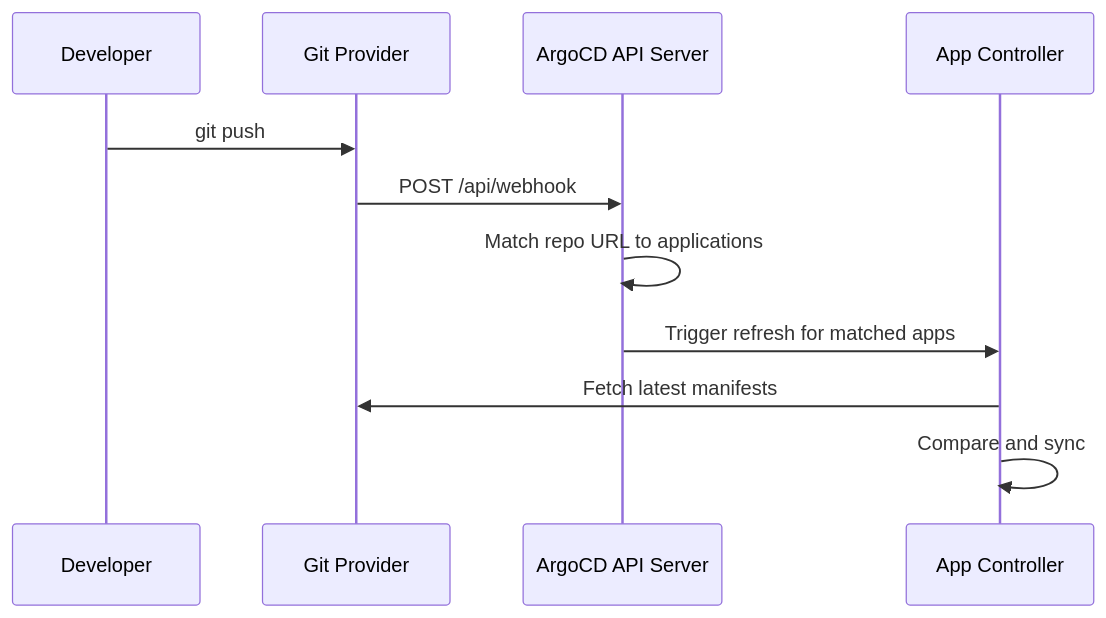
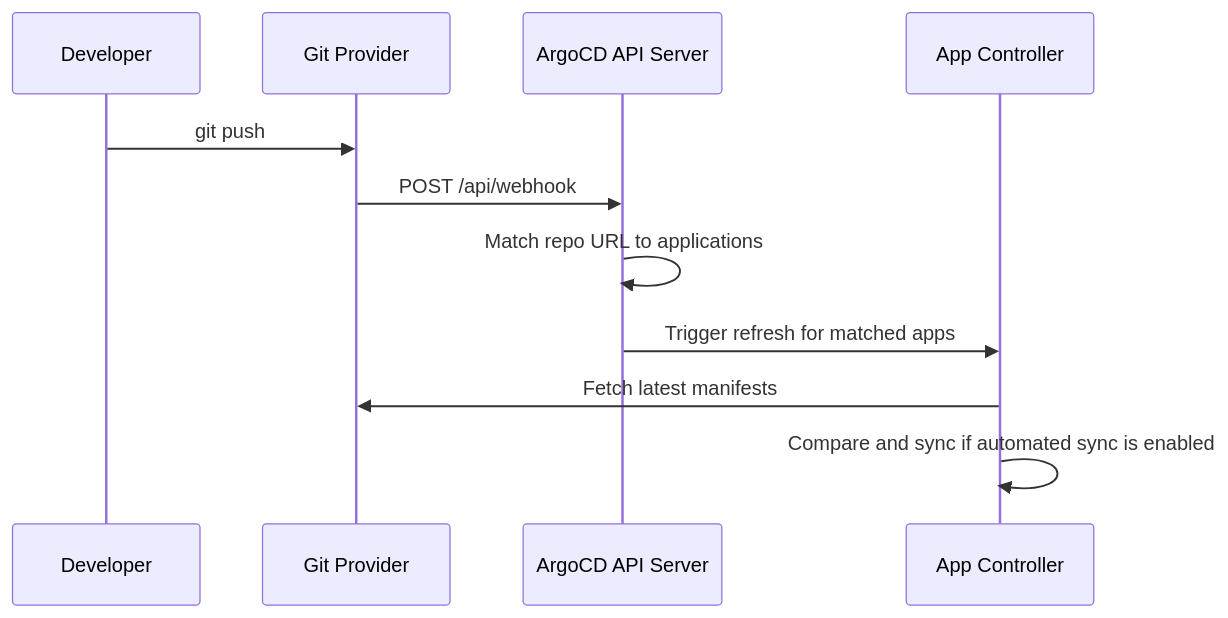
Before and after one commit to OneUptime/blog: the diagram in posts/2026-02-26-argocd-fix-webhook-not-triggering-sync/README.md, drawn with Mermaid. The commit also changed other lines of this file and 2 other files, not shown here.

Commit message:
validate: 2026-02-26-argocd-fix-webhook-not-triggering-sync

````diff
--- a/posts/2026-02-26-argocd-fix-webhook-not-triggering-sync/README.md
+++ b/posts/2026-02-26-argocd-fix-webhook-not-triggering-sync/README.md
@@ -17,14 +17,14 @@
 ```mermaid
 sequenceDiagram
     participant Dev as Developer
     participant Git as Git Provider
     participant ArgoCD as ArgoCD API Server
     participant Controller as App Controller
 
     Dev->>Git: git push
     Git->>ArgoCD: POST /api/webhook
     ArgoCD->>ArgoCD: Match repo URL to applications
     ArgoCD->>Controller: Trigger refresh for matched apps
     Controller->>Git: Fetch latest manifests
-    Controller->>Controller: Compare and sync
+    Controller->>Controller: Compare and sync if automated sync is enabled
 ```
````
